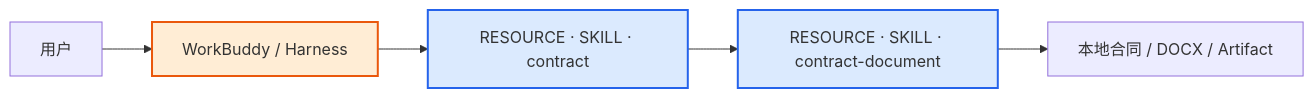
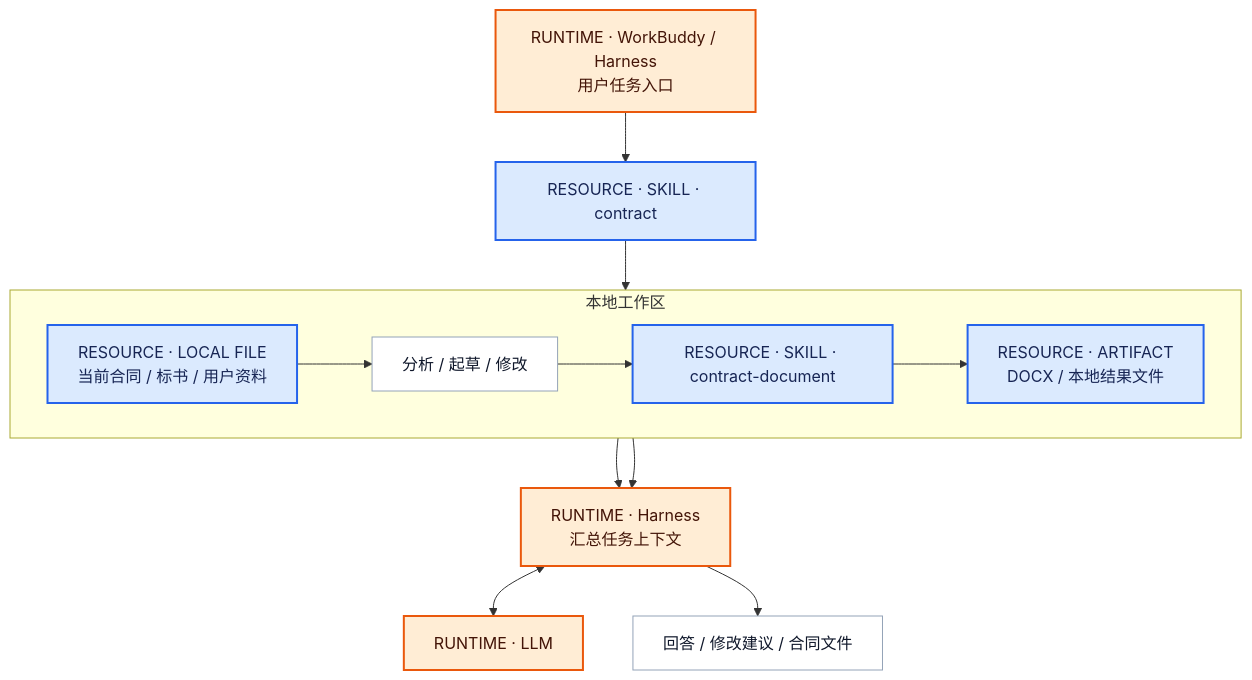
One commit to Ri0n72Y/ContractBotConfig changed the first of 5 diagrams in docs/architecture/c4.md. Above: the diagram before and after it, drawn with Mermaid. The commit also changed other lines of this file, not shown here.

Commit message:
docs: split architecture into compact business flow diagrams

````diff
--- a/docs/architecture/c4.md
+++ b/docs/architecture/c4.md
@@ -15,12 +29,29 @@
 ```mermaid
-flowchart LR
-    U[用户] --> H[WorkBuddy / Harness]
-    H --> S[RESOURCE · SKILL · contract]
-    S --> D[RESOURCE · SKILL · contract-document]
-    D --> F[本地合同 / DOCX / Artifact]
+flowchart TB
+    H0["RUNTIME · WorkBuddy / Harness<br/>用户任务入口"]:::runtime
+    S1["RESOURCE · SKILL · contract"]:::resource
 
-    classDef resource fill:#dbeafe,stroke:#2563eb,stroke-width:2px;
-    classDef platform fill:#ffedd5,stroke:#ea580c,stroke-width:2px;
-    class S,D resource;
-    class H platform;
+    subgraph WORK["本地工作区"]
+        direction LR
+        F0["RESOURCE · LOCAL FILE<br/>当前合同 / 标书 / 用户资料"]:::resource
+        P1["分析 / 起草 / 修改"]:::process
+        S2["RESOURCE · SKILL · contract-document"]:::resource
+        F1["RESOURCE · ARTIFACT<br/>DOCX / 本地结果文件"]:::resource
+        F0 --> P1
+        P1 --> S2 --> F1
+    end
+
+    H1["RUNTIME · Harness<br/>汇总任务上下文"]:::runtime
+    LLM["RUNTIME · LLM"]:::runtime
+    OUT["回答 / 修改建议 / 合同文件"]:::process
+
+    H0 --> S1 --> F0
+    P1 --> H1
+    F1 --> H1
+    H1 <--> LLM
+    H1 --> OUT
+
+    classDef resource fill:#dbeafe,stroke:#2563eb,color:#172554,stroke-width:2px;
+    classDef runtime fill:#ffedd5,stroke:#ea580c,color:#431407,stroke-width:2px;
+    classDef process fill:#ffffff,stroke:#94a3b8,color:#0f172a,stroke-width:1px;
 ```
````
